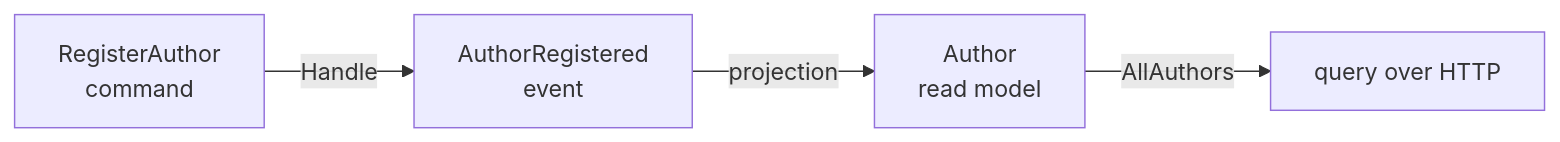
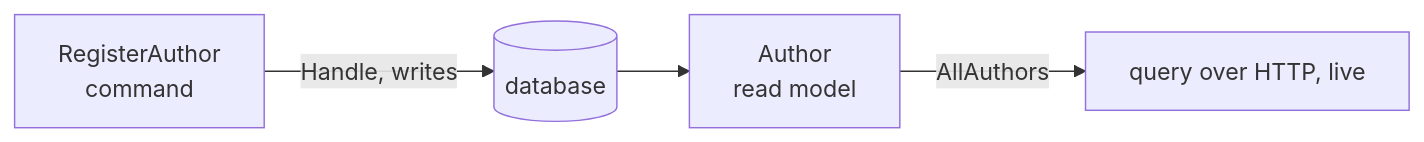
One commit to Cratis/Arc changed the diagram in Documentation/backend/getting-started/your-first-command.mdx. Above: the diagram before and after it, drawn with Mermaid. The commit also changed other lines of this file and 2 other files, not shown here.

````diff
--- a/Documentation/backend/getting-started/your-first-command.mdx
+++ b/Documentation/backend/getting-started/your-first-command.mdx
@@ -12,6 +12,6 @@
 ```mermaid
 flowchart LR
-    Cmd["RegisterAuthor<br/>command"] -->|Handle| Evt["AuthorRegistered<br/>event"]
-    Evt -->|projection| RM["Author<br/>read model"]
-    RM -->|AllAuthors| Q["query over HTTP"]
+    Cmd["RegisterAuthor<br/>command"] -->|Handle, writes| DB[("database")]
+    DB --> RM["Author<br/>read model"]
+    RM -->|AllAuthors| Q["query over HTTP, live"]
 ```
````
